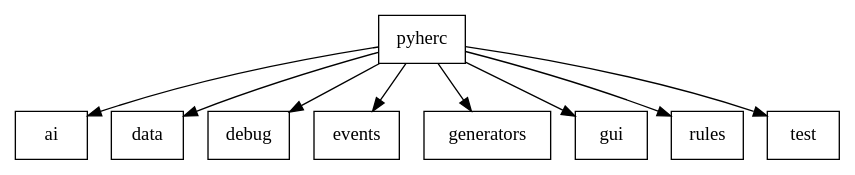
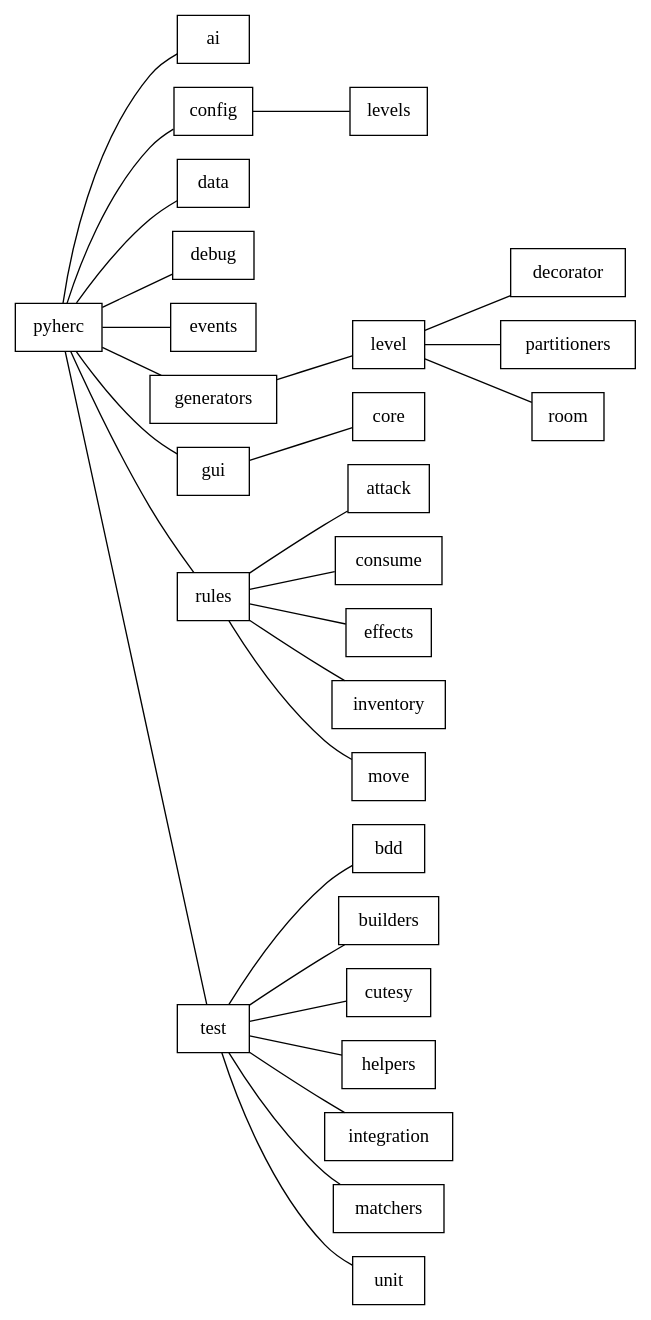
The diagram in doc/api/source/module_descriptions.rst (tuturto/pyherc), drawn with Graphviz before and after one commit. The commit also changed other lines of this file and 9 other files, not shown here.

```diff
--- a/doc/api/source/module_descriptions.rst
+++ b/doc/api/source/module_descriptions.rst
@@ -6,24 +6,57 @@
 .. graphviz:: 
 
-    digraph hierarchy {
+    digraph hierarchy {        
+        rankdir=LR
         node[shape=box]
-        edge[dir=forward, arrowtail=empty]
+        edge[dir=forward, arrowtail=empty, arrowhead=none]
         pyherc
         ai
+        config
+        config_levels[label="levels"]
         data
         debug
         events
         generators
+        generators_level[label="level"]
+        generators_level_decorator[label="decorator"]
+        generators_level_partitioners[label="partitioners"]
+        generators_level_room[label="room"]
         gui
+        gui_core[label="core"]
         rules
+        rules_attack[label="attack"]
+        rules_consume[label="consume"]
+        rules_effects[label="effects"]
+        rules_inventory[label="inventory"]
+        rules_move[label="move"]
         test
+        test_bdd[label="bdd"]
+        test_builders[label="builders"]
+        test_cutesy[label="cutesy"]
+        test_helpers[label="helpers"]
+        test_integration[label="integration"]
+        test_matchers[label="matchers"]
+        test_unit[label="unit"]
 
         pyherc->ai
+        pyherc->config->config_levels        
         pyherc->data
         pyherc->debug
         pyherc->events
-        pyherc->generators
-        pyherc->gui
-        pyherc->rules
-        pyherc->test    
+        pyherc->generators->generators_level->generators_level_decorator
+        generators_level->generators_level_partitioners
+        generators_level->generators_level_room
+        pyherc->gui->gui_core
+        pyherc->rules->rules_attack
+        rules->rules_consume
+        rules->rules_effects
+        rules->rules_inventory
+        rules->rules_move
+        pyherc->test->test_bdd
+        test->test_builders
+        test->test_cutesy
+        test->test_helpers
+        test->test_integration
+        test->test_matchers
+        test->test_unit
     }
```
